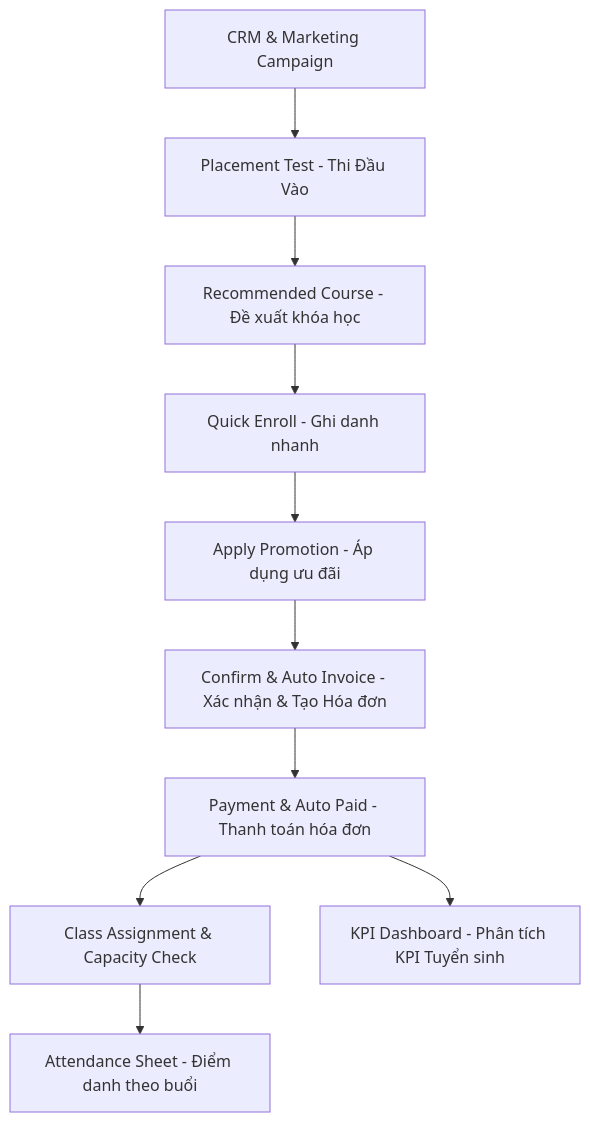
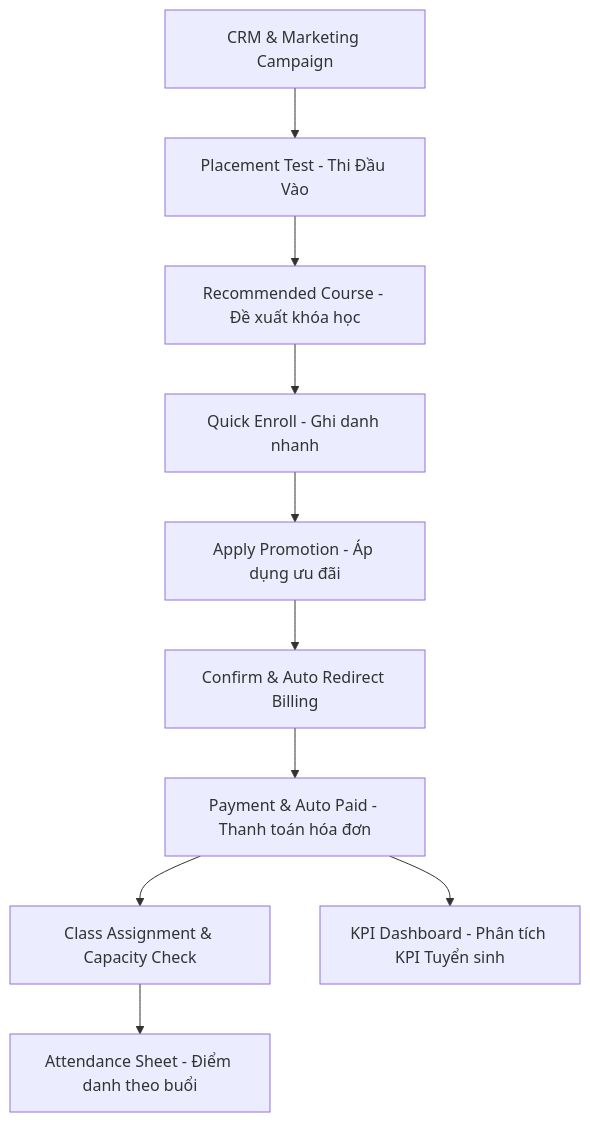
The diagram in README.md (tuyenhk05/VUS_ODOO), drawn with Mermaid before and after one commit. The commit also changed other lines of this file and 46 other files, not shown here.

````diff
--- a/README.md
+++ b/README.md
@@ -161,12 +166,12 @@
 ```mermaid
 graph TD
     A[CRM & Marketing Campaign] --> B[Placement Test - Thi Đầu Vào]
     B --> C[Recommended Course - Đề xuất khóa học]
     C --> D[Quick Enroll - Ghi danh nhanh]
     D --> E[Apply Promotion - Áp dụng ưu đãi]
-    E --> F[Confirm & Auto Invoice - Xác nhận & Tạo Hóa đơn]
+    E --> F[Confirm & Auto Redirect Billing]
     F --> G[Payment & Auto Paid - Thanh toán hóa đơn]
     G --> H[Class Assignment & Capacity Check]
     H --> I[Attendance Sheet - Điểm danh theo buổi]
     G --> J[KPI Dashboard - Phân tích KPI Tuyển sinh]
 ```
````
